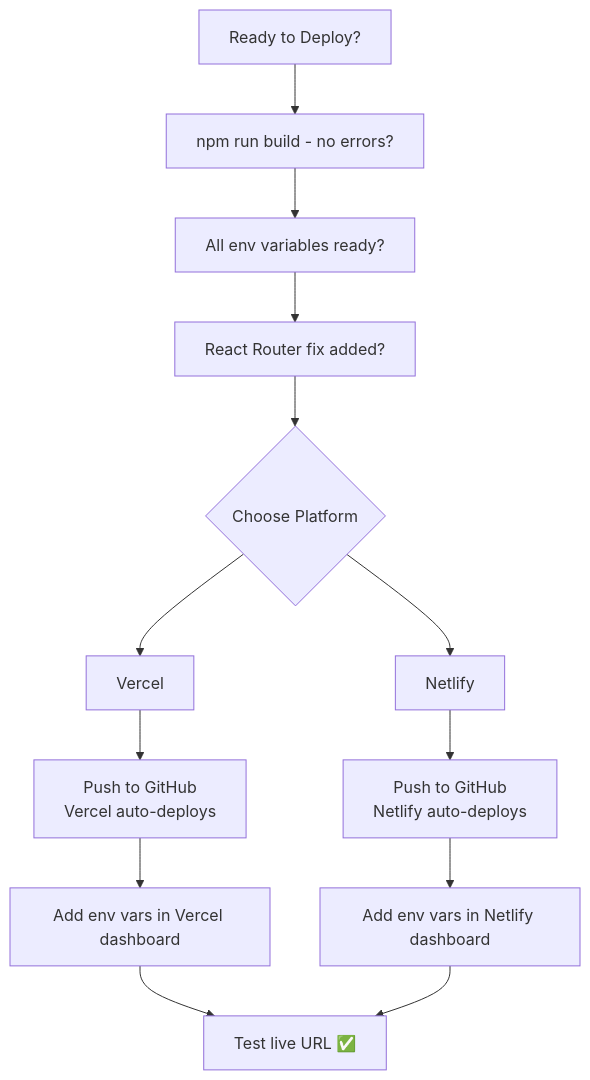
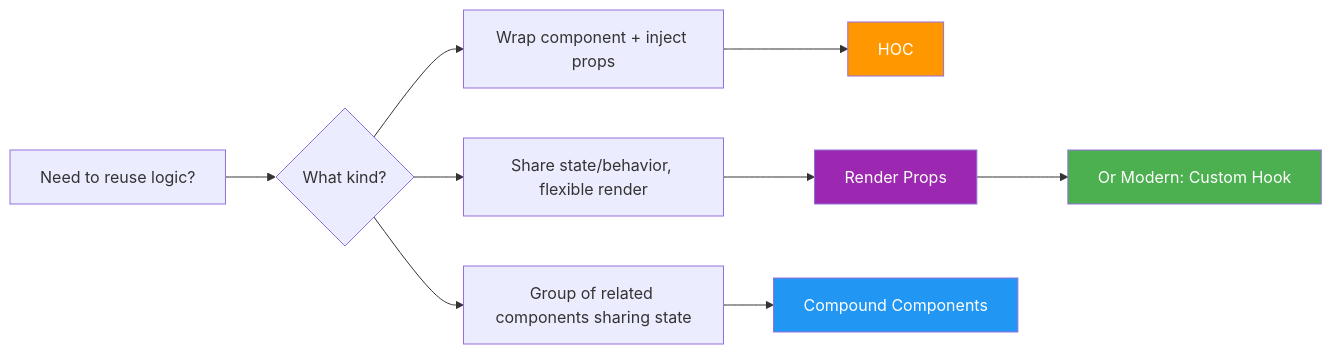
Before and after one commit to Maksof-waqarahmed/Web-Development-2-ReactJs: the second of 2 diagrams in React/week_12/class_2/README.md, drawn with Mermaid. The commit also changed other lines of this file and 25 other files, not shown here.

````diff
--- a/React/week_12/class_2/README.md
+++ b/React/week_12/class_2/README.md
@@ -256,15 +535,15 @@
 ```mermaid
-flowchart TD
-    A[Ready to Deploy?] --> B[npm run build - no errors?]
-    B --> C[All env variables ready?]
-    C --> D[React Router fix added?]
-    D --> E{Choose Platform}
-    E --> F[Vercel]
-    E --> G[Netlify]
-    F --> H[Push to GitHub\nVercel auto-deploys]
-    G --> I[Push to GitHub\nNetlify auto-deploys]
-    H --> J[Add env vars in Vercel dashboard]
-    I --> K[Add env vars in Netlify dashboard]
-    J --> L[Test live URL ✅]
-    K --> L
+graph LR
+    A[Need to reuse logic?] --> B{What kind?}
+    B --> C[Wrap component + inject props]
+    B --> D[Share state/behavior, flexible render]
+    B --> E[Group of related components sharing state]
+    C --> F[HOC]
+    D --> G[Render Props]
+    E --> H[Compound Components]
+    G --> I[Or Modern: Custom Hook]
+    style F fill:#ff9800,color:#fff
+    style G fill:#9c27b0,color:#fff
+    style H fill:#2196f3,color:#fff
+    style I fill:#4caf50,color:#fff
 ```
````
